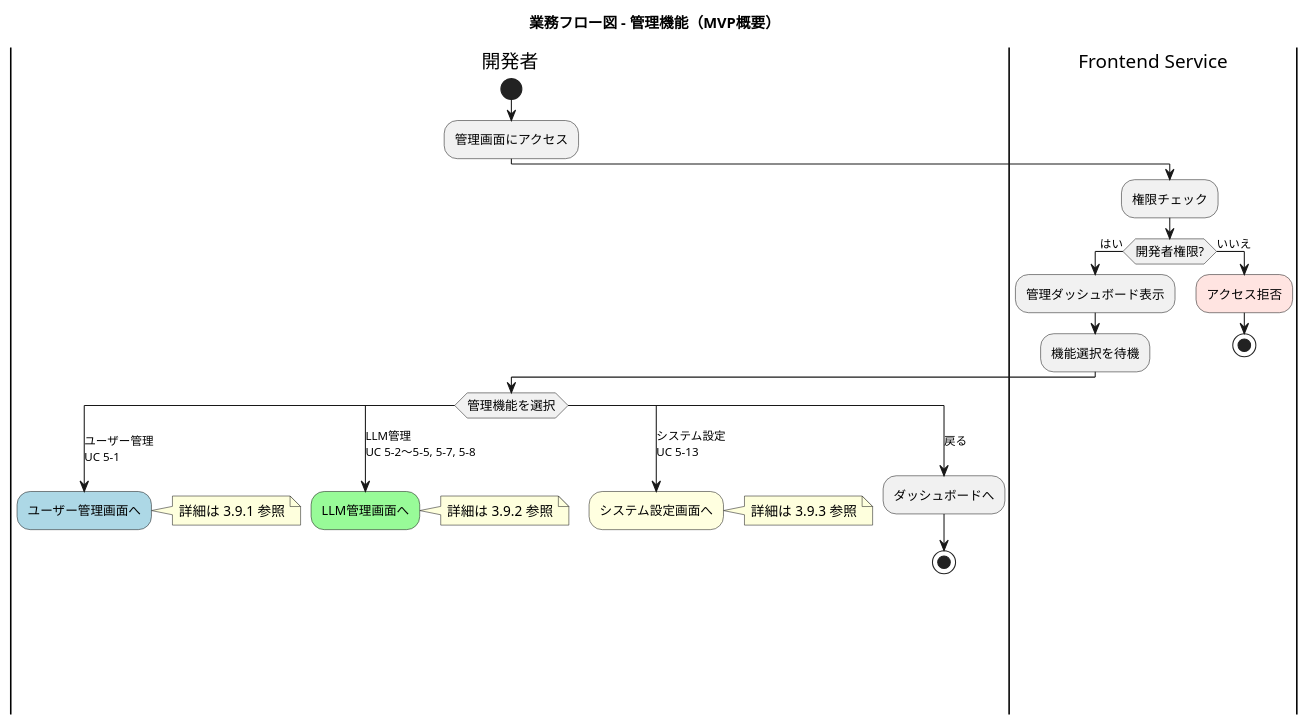
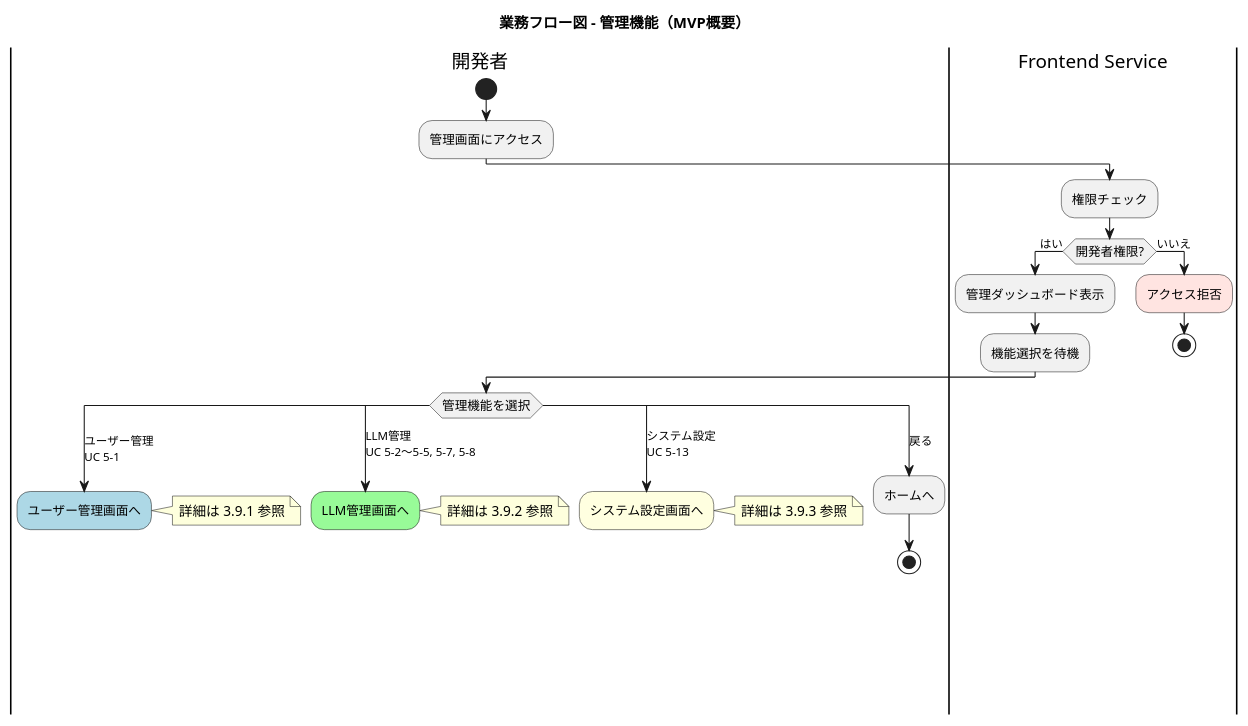
Before and after one commit to yoshiwo3/PlantUML2_Opus4.5: diagram 20 of 35 in docs/proposals/03_業務フロー図_20251201.md, drawn with PlantUML. The commit also changed other lines of this file and 27 other files, not shown here.

````diff
--- a/docs/proposals/03_業務フロー図_20251201.md
+++ b/docs/proposals/03_業務フロー図_20251201.md
@@ -1908,48 +1908,48 @@
 ```plantuml
 @startuml business_flow_admin_overview
 skinparam ActivityFontSize 12
 skinparam ConditionEndStyle hline
 
 title 業務フロー図 - 管理機能（MVP概要）
 
 |開発者|
 start
 :管理画面にアクセス;
 
 |Frontend Service|
 :権限チェック;
 if (開発者権限?) then (はい)
   :管理ダッシュボード表示;
   :機能選択を待機;
 else (いいえ)
   #mistyrose:アクセス拒否;
   stop
 endif
 
 |開発者|
 switch (管理機能を選択)
 case (ユーザー管理\nUC 5-1)
   #lightblue:ユーザー管理画面へ;
   note right
     詳細は 3.9.1 参照
   end note
   detach
 case (LLM管理\nUC 5-2〜5-5, 5-7, 5-8)
   #palegreen:LLM管理画面へ;
   note right
     詳細は 3.9.2 参照
   end note
   detach
 case (システム設定\nUC 5-13)
   #lightyellow:システム設定画面へ;
   note right
     詳細は 3.9.3 参照
   end note
   detach
 case (戻る)
-  :ダッシュボードへ;
+  :ホームへ;
   stop
 endswitch
 
 @enduml
 ```
````
